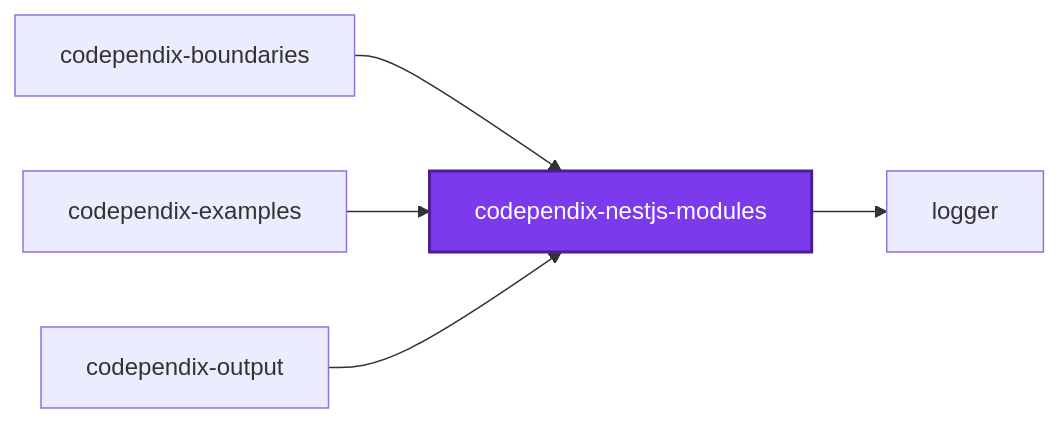
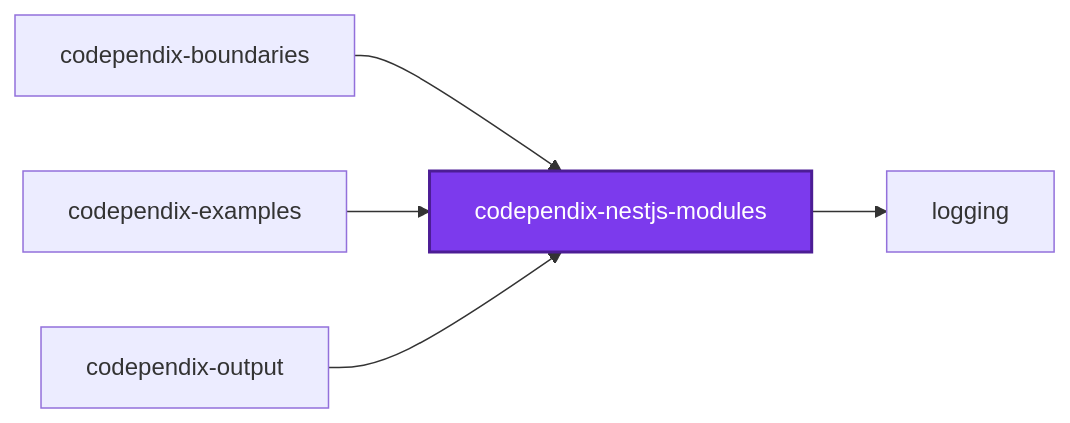
One commit to Organizzolini/codebase changed the first of 3 diagrams in packages/ic-suite/codependix/codependix-nestjs-modules/README.md. Above: the diagram before and after it, drawn with Mermaid. The commit also changed 555 other files, not shown here.

````diff
--- a/packages/ic-suite/codependix/codependix-nestjs-modules/README.md
+++ b/packages/ic-suite/codependix/codependix-nestjs-modules/README.md
@@ -20,14 +20,14 @@
 ```mermaid
 graph LR
   codependix_boundaries["codependix-boundaries"]
   codependix_examples["codependix-examples"]
   codependix_nestjs_modules["codependix-nestjs-modules"]
   codependix_output["codependix-output"]
-  logger["logger"]
+  logging["logging"]
   codependix_boundaries --> codependix_nestjs_modules
   codependix_examples --> codependix_nestjs_modules
-  codependix_nestjs_modules --> logger
+  codependix_nestjs_modules --> logging
   codependix_output --> codependix_nestjs_modules
   classDef subject fill:#7c3aed,color:#fff,stroke:#4c1d95,stroke-width:2px
   class codependix_nestjs_modules subject
 ```
````
